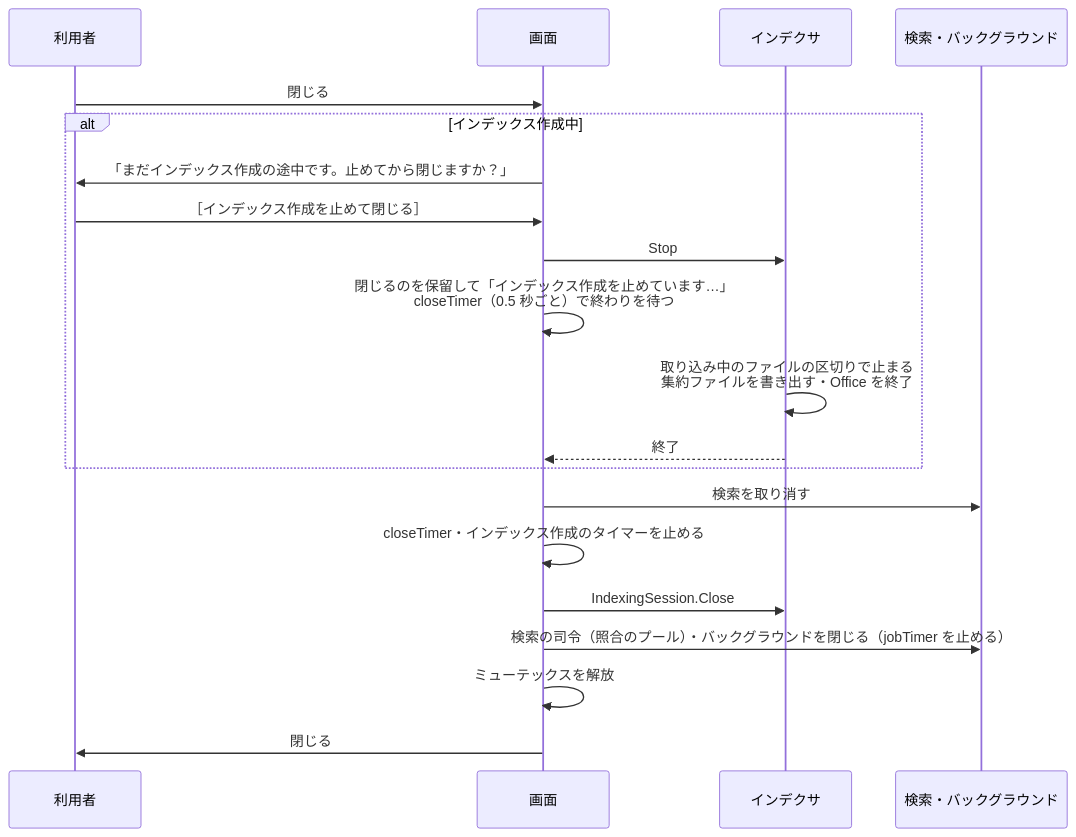
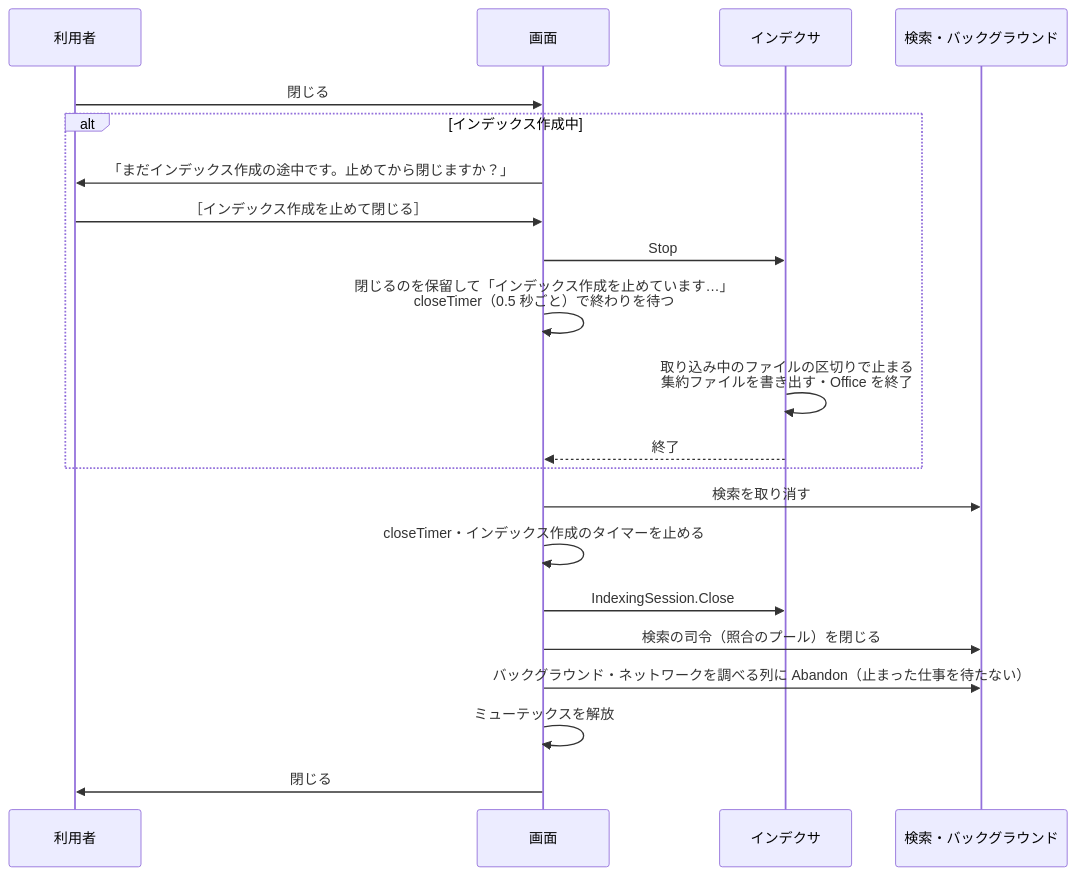
One commit to hsgwa/tebunko changed the second of 2 diagrams in docs/design/architecture/threads.md. Above: the diagram before and after it, drawn with Mermaid. The commit also changed other lines of this file and 1 other file, not shown here.

````diff
--- a/docs/design/architecture/threads.md
+++ b/docs/design/architecture/threads.md
@@ -151,22 +152,23 @@
 ```mermaid
 sequenceDiagram
     participant U as 利用者
     participant G as 画面
     participant I as インデクサ
     participant S as 検索・バックグラウンド
     U->>G: 閉じる
     alt インデックス作成中
         G->>U: 「まだインデックス作成の途中です。止めてから閉じますか？」
         U->>G: ［インデックス作成を止めて閉じる］
         G->>I: Stop
         G->>G: 閉じるのを保留して「インデックス作成を止めています…」<br>closeTimer（0.5 秒ごと）で終わりを待つ
         I->>I: 取り込み中のファイルの区切りで止まる<br>集約ファイルを書き出す・Office を終了
         I-->>G: 終了
     end
     G->>S: 検索を取り消す
     G->>G: closeTimer・インデックス作成のタイマーを止める
     G->>I: IndexingSession.Close
-    G->>S: 検索の司令（照合のプール）・バックグラウンドを閉じる（jobTimer を止める）
+    G->>S: 検索の司令（照合のプール）を閉じる
+    G->>S: バックグラウンド・ネットワークを調べる列に Abandon（止まった仕事を待たない）
     G->>G: ミューテックスを解放
     G->>U: 閉じる
 ```
````
